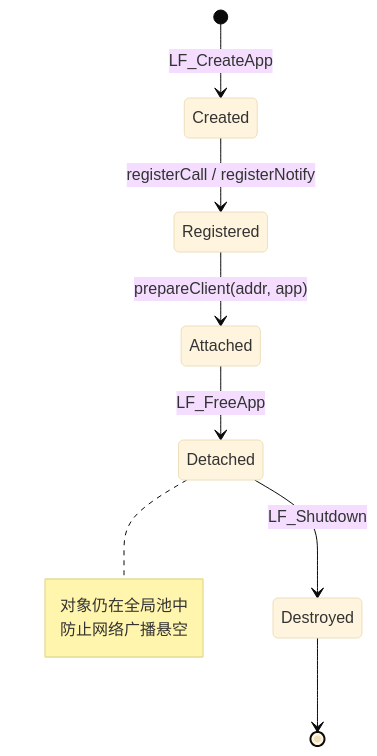
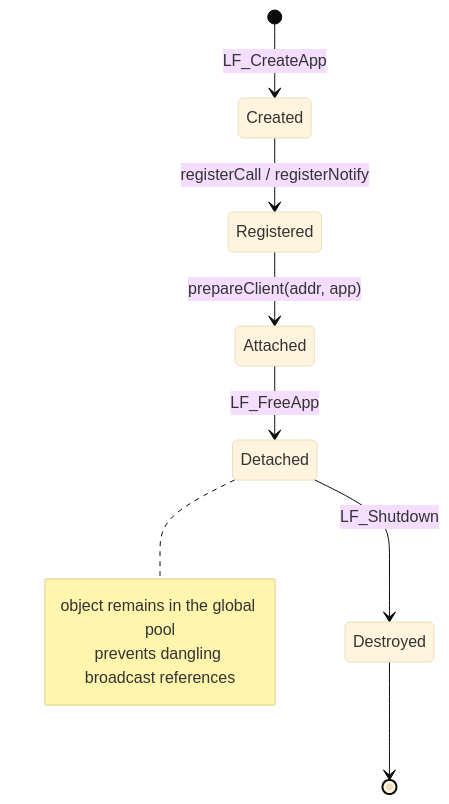
Diagram 15 of 26 in cpp/LingoFuse_Cpp_Knowledge_Base.md (PassByYou888/LingoFuse), drawn with Mermaid (base theme) before and after one commit. The commit also changed other lines of this file, not shown here.

````diff
--- a/cpp/LingoFuse_Cpp_Knowledge_Base.md
+++ b/cpp/LingoFuse_Cpp_Knowledge_Base.md
@@ -618,14 +1209,14 @@
 ```mermaid
 stateDiagram-v2
     [*] --> Created: LF_CreateApp
     Created --> Registered: registerCall / registerNotify
     Registered --> Attached: prepareClient(addr, app)
     Attached --> Detached: LF_FreeApp
     Detached --> Destroyed: LF_Shutdown
     Destroyed --> [*]
 
     note right of Detached
-        对象仍在全局池中
-        防止网络广播悬空
+        object remains in the global pool
+        prevents dangling broadcast references
     end note
 ```
````
